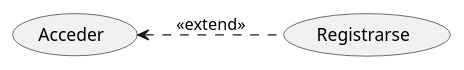
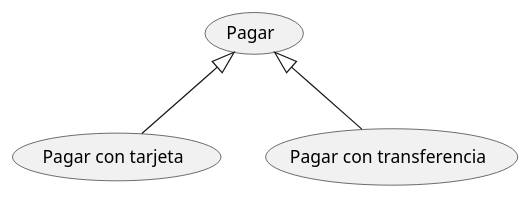
Before and after one commit to CorazaNegra/CasosDeUsos1: the diagram in CasosDeUso1.puml, drawn with PlantUML.

Commit message:
generalización

```diff
--- a/CasosDeUso1.puml
+++ b/CasosDeUso1.puml
@@ -1,11 +1,10 @@
 @startuml
 
-left to right direction
+usecase "Pagar" as UC1
+usecase "Pagar con tarjeta" as UC2
+usecase "Pagar con transferencia" as UC3
 
-usecase "Acceder" as UC1
-usecase "Registrarse" as UC2
-
-UC1 <.. UC2 : <<extend>>
-
+UC1 <|-- UC2
+UC1 <|-- UC3
 
 @enduml
```
